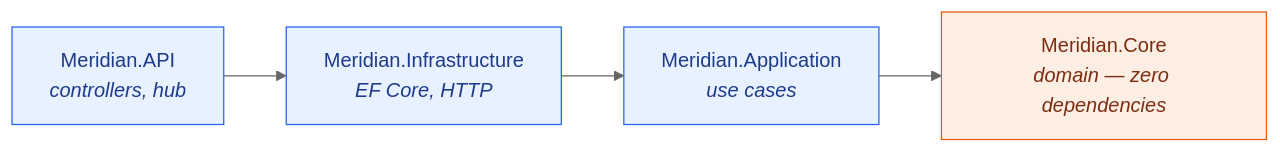
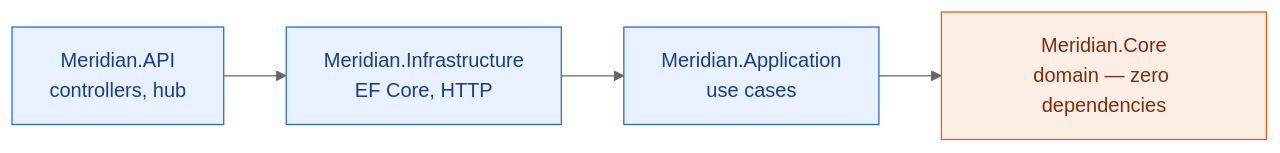
Before and after one commit to Nav33dCodes/meridian-hackathon: the second of 4 diagrams in README.md, drawn with Mermaid (neutral theme). The commit also changed other lines of this file, not shown here.

First line of the commit message:
docs: drop <i> tags from mermaid labels so GitHub renders the diagrams

````diff
--- a/README.md
+++ b/README.md
@@ -111,9 +111,9 @@
 ```mermaid
 flowchart LR
-    API["Meridian.API<br/><i>controllers, hub</i>"] --> INFRA["Meridian.Infrastructure<br/><i>EF Core, HTTP</i>"] --> APP["Meridian.Application<br/><i>use cases</i>"] --> CORE["Meridian.Core<br/><i>domain — zero dependencies</i>"]
+    API["Meridian.API<br/>controllers, hub"] --> INFRA["Meridian.Infrastructure<br/>EF Core, HTTP"] --> APP["Meridian.Application<br/>use cases"] --> CORE["Meridian.Core<br/>domain — zero dependencies"]
 
     classDef l fill:#E7F1FF,stroke:#2563EB,color:#1E3A8A
     classDef c fill:#FDEEE3,stroke:#EA580C,color:#7C2D12
     class API,INFRA,APP l
     class CORE c
 ```
````
